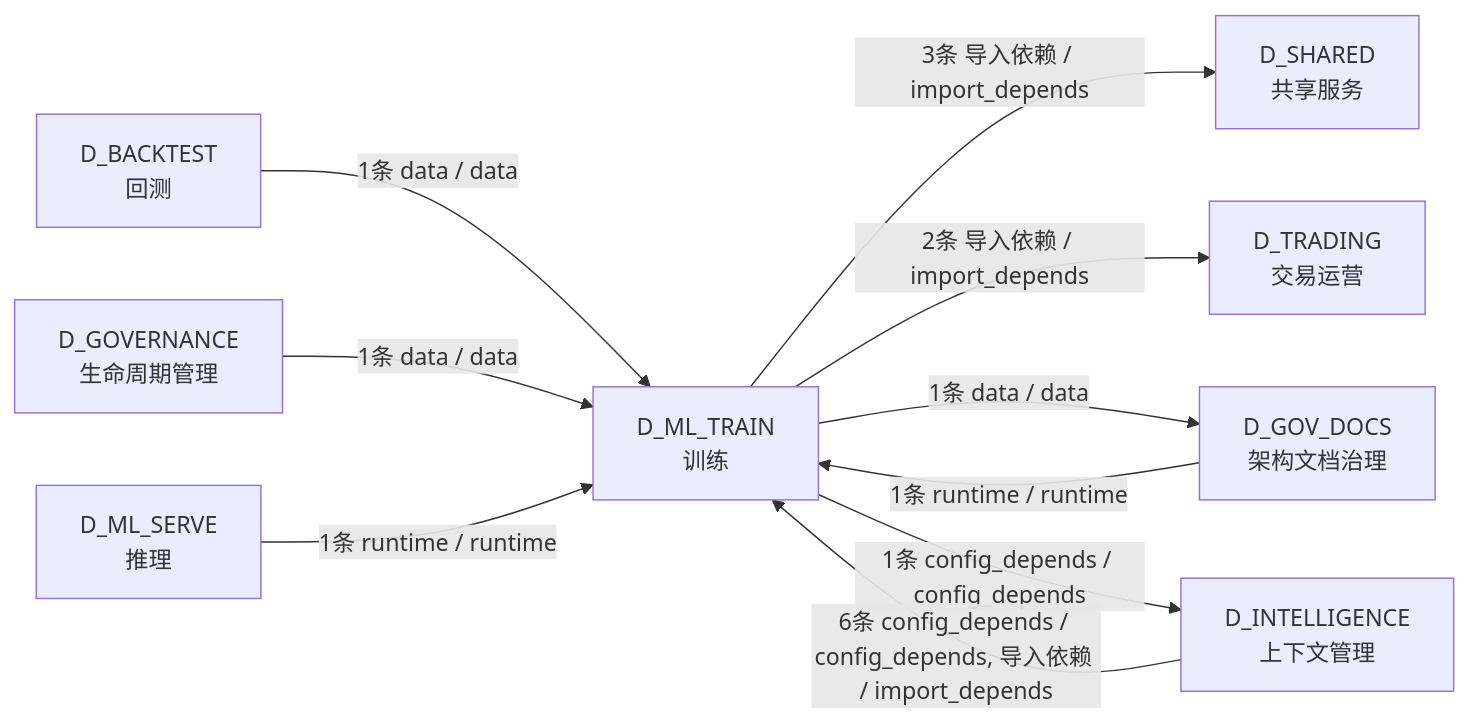
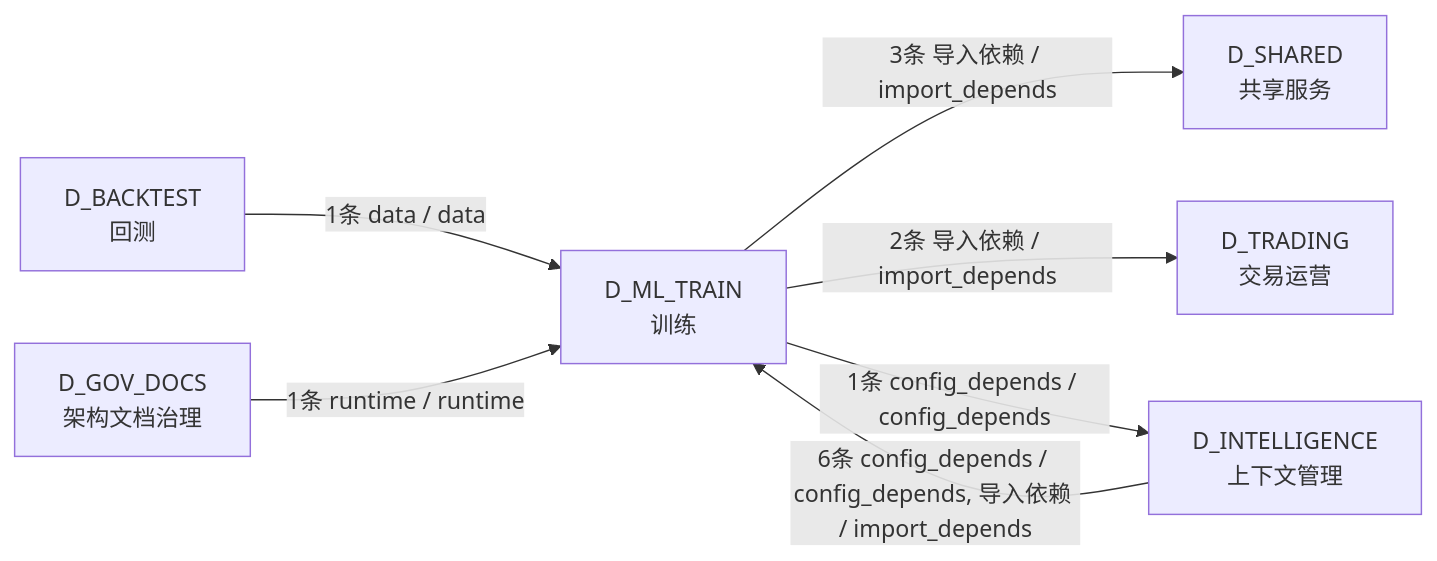
Before and after one commit to xuanFelixVan/ZephyrAlpha: the fourth of 4 diagrams in docs/02_enterprise_architecture/02_domain_architecture_docs/50_d_ml_train.md, drawn with Mermaid. The commit also changed other lines of this file and 126 other files, not shown here.

````diff
--- a/docs/02_enterprise_architecture/02_domain_architecture_docs/50_d_ml_train.md
+++ b/docs/02_enterprise_architecture/02_domain_architecture_docs/50_d_ml_train.md
@@ -226,20 +212,15 @@
 ```mermaid
 graph LR
     D_ML_TRAIN["D_ML_TRAIN<br/>训练"]
     D_SHARED["D_SHARED<br/>共享服务"]
     D_TRADING["D_TRADING<br/>交易运营"]
-    D_GOV_DOCS["D_GOV_DOCS<br/>架构文档治理"]
     D_INTELLIGENCE["D_INTELLIGENCE<br/>上下文管理"]
     D_BACKTEST["D_BACKTEST<br/>回测"]
-    D_GOVERNANCE["D_GOVERNANCE<br/>生命周期管理"]
-    D_ML_SERVE["D_ML_SERVE<br/>推理"]
+    D_GOV_DOCS["D_GOV_DOCS<br/>架构文档治理"]
     D_ML_TRAIN -->|3条 导入依赖 / import_depends| D_SHARED
     D_ML_TRAIN -->|2条 导入依赖 / import_depends| D_TRADING
-    D_ML_TRAIN -->|1条 data / data| D_GOV_DOCS
     D_ML_TRAIN -->|1条 config_depends / config_depends| D_INTELLIGENCE
     D_INTELLIGENCE -->|6条 config_depends / config_depends, 导入依赖 / import_depends| D_ML_TRAIN
     D_BACKTEST -->|1条 data / data| D_ML_TRAIN
-    D_GOVERNANCE -->|1条 data / data| D_ML_TRAIN
     D_GOV_DOCS -->|1条 runtime / runtime| D_ML_TRAIN
-    D_ML_SERVE -->|1条 runtime / runtime| D_ML_TRAIN
 ```
````
